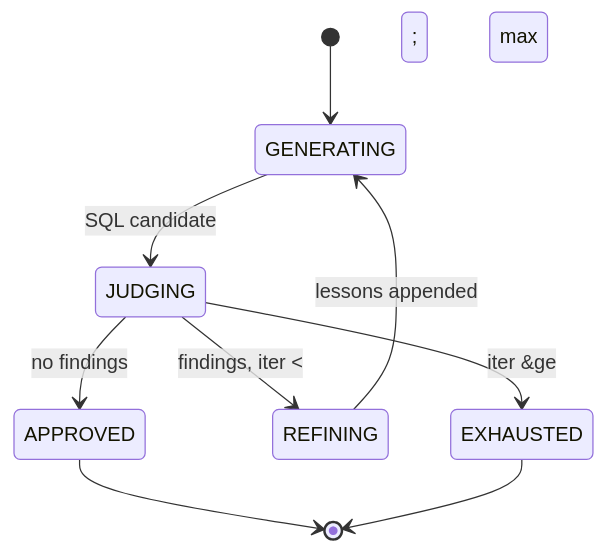
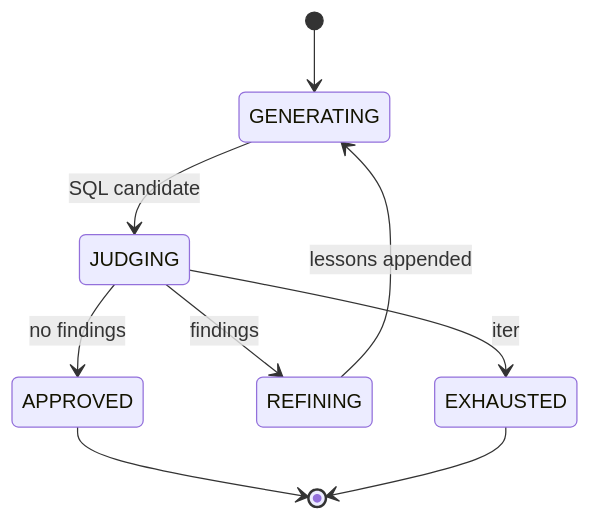
Before and after one commit to smirnoffmg/case3: the second of 2 diagrams in README.md, drawn with Mermaid. The commit also changed other lines of this file and 10 other files, not shown here.

````diff
--- a/README.md
+++ b/README.md
@@ -27,11 +27,11 @@
 ```mermaid
 stateDiagram-v2
     [*] --> GENERATING
     GENERATING --> JUDGING: SQL candidate
     JUDGING --> APPROVED: no findings
-    JUDGING --> REFINING: findings, iter &lt; max
-    JUDGING --> EXHAUSTED: iter &ge; max
+    JUDGING --> REFINING: findings
+    JUDGING --> EXHAUSTED: iter
     REFINING --> GENERATING: lessons appended
     APPROVED --> [*]
     EXHAUSTED --> [*]
 ```
````
